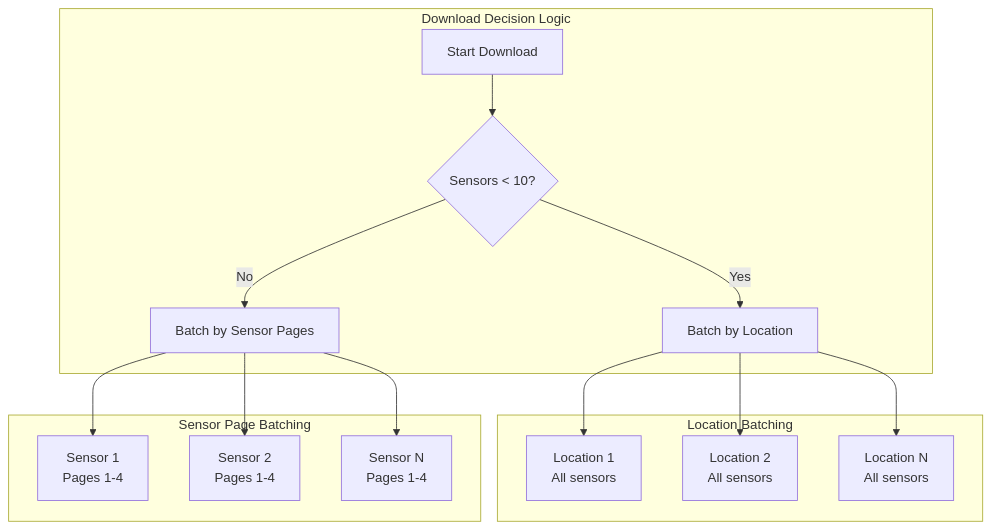
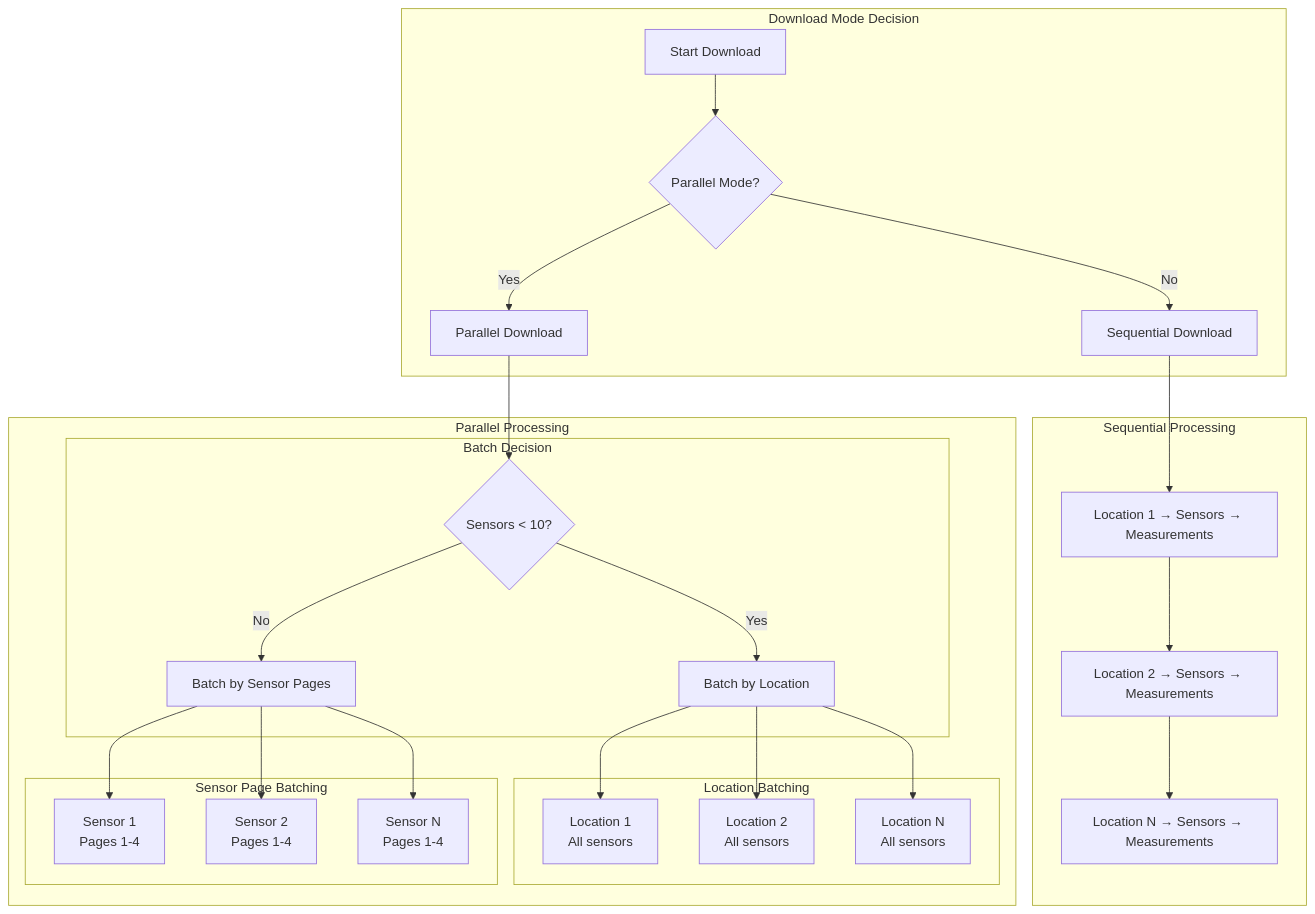
One commit to Bard89/air-quality-pipeline changed the sixth of 7 diagrams in ARCHITECTURE.md. Above: the diagram before and after it, drawn with Mermaid. The commit also changed other lines of this file and 6 other files, not shown here.

````diff
--- a/ARCHITECTURE.md
+++ b/ARCHITECTURE.md
@@ -247,33 +247,55 @@
 ```mermaid
 graph TD
-    subgraph "Download Decision Logic"
+    subgraph "Download Mode Decision"
         START[Start Download]
-        CHECK{Sensors < 10?}
-        BATCH_LOC[Batch by Location]
-        BATCH_SENS[Batch by Sensor Pages]
+        CHECK{Parallel Mode?}
+        SEQUENTIAL[Sequential Download]
+        PARALLEL[Parallel Download]
     end
     
-    subgraph "Location Batching"
-        L1[Location 1<br/>All sensors]
-        L2[Location 2<br/>All sensors]
-        L3[Location N<br/>All sensors]
+    subgraph "Sequential Processing"
+        SEQ1[Location 1 → Sensors → Measurements]
+        SEQ2[Location 2 → Sensors → Measurements]
+        SEQN[Location N → Sensors → Measurements]
     end
     
-    subgraph "Sensor Page Batching"
-        S1[Sensor 1<br/>Pages 1-4]
-        S2[Sensor 2<br/>Pages 1-4]
-        S3[Sensor N<br/>Pages 1-4]
+    subgraph "Parallel Processing"
+        subgraph "Batch Decision"
+            CHECK2{Sensors < 10?}
+            BATCH_LOC[Batch by Location]
+            BATCH_SENS[Batch by Sensor Pages]
+        end
+        
+        subgraph "Location Batching"
+            L1[Location 1<br/>All sensors]
+            L2[Location 2<br/>All sensors]
+            L3[Location N<br/>All sensors]
+        end
+        
+        subgraph "Sensor Page Batching"
+            S1[Sensor 1<br/>Pages 1-4]
+            S2[Sensor 2<br/>Pages 1-4]
+            S3[Sensor N<br/>Pages 1-4]
+        end
     end
     
     START --> CHECK
-    CHECK -->|Yes| BATCH_LOC
-    CHECK -->|No| BATCH_SENS
+    CHECK -->|No| SEQUENTIAL
+    CHECK -->|Yes| PARALLEL
+    
+    SEQUENTIAL --> SEQ1
+    SEQ1 --> SEQ2
+    SEQ2 --> SEQN
+    
+    PARALLEL --> CHECK2
+    CHECK2 -->|Yes| BATCH_LOC
+    CHECK2 -->|No| BATCH_SENS
     
     BATCH_LOC --> L1
     BATCH_LOC --> L2
     BATCH_LOC --> L3
     
     BATCH_SENS --> S1
     BATCH_SENS --> S2
     BATCH_SENS --> S3
 ```
````
